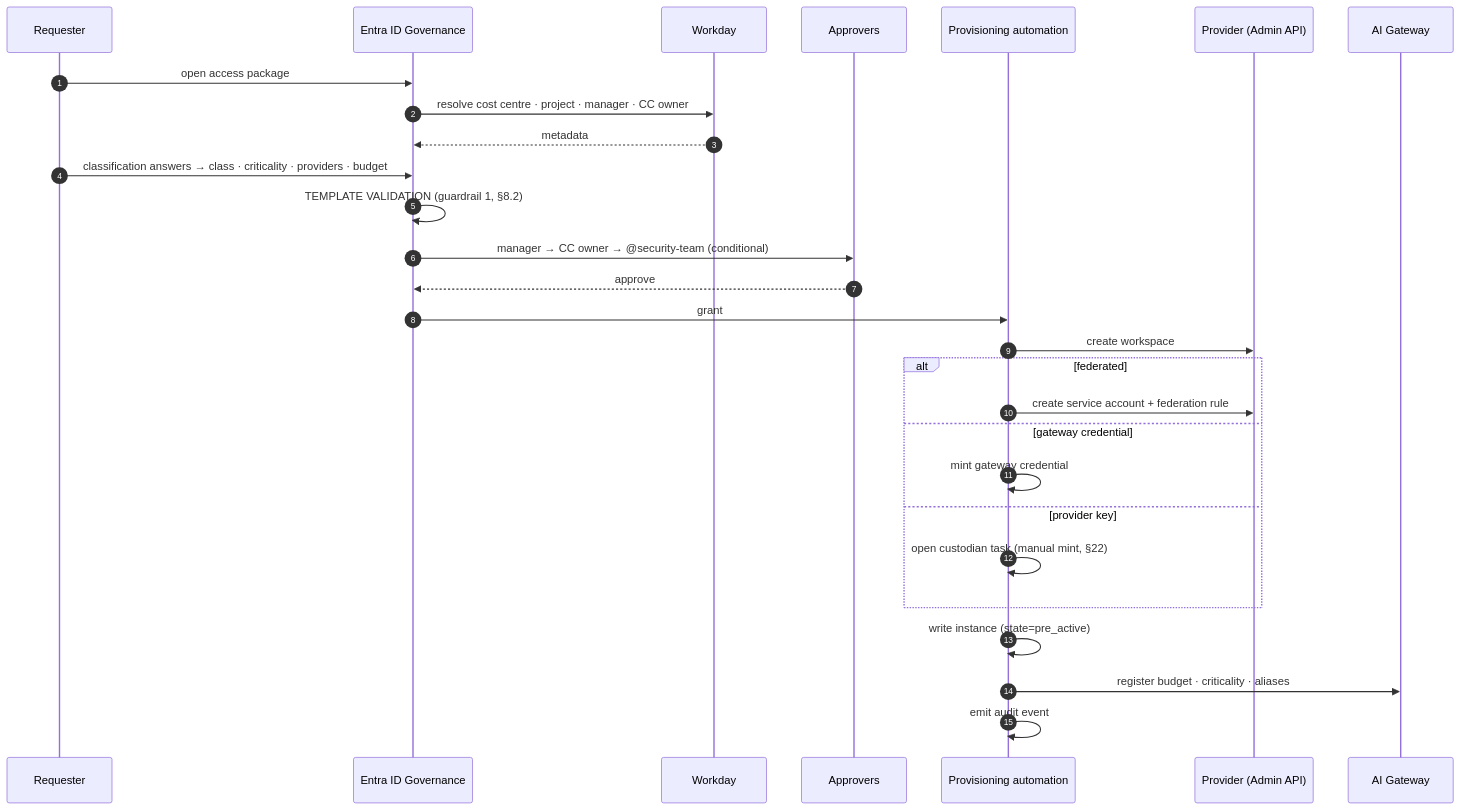
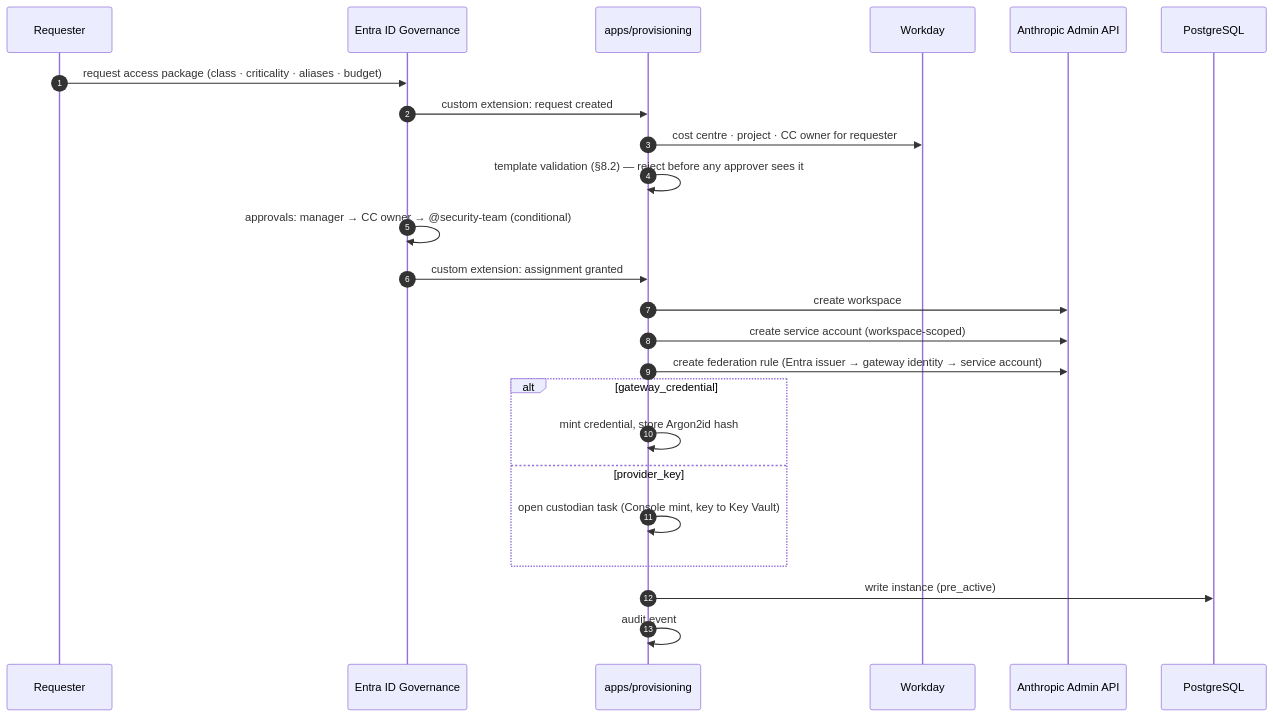
Before and after one commit to rajatdua/exploration: the third of 4 diagrams in docs/superpowers/specs/2026-09-04-ai-credential-operating-model-design.md, drawn with Mermaid. The commit also changed other lines of this file and 1 other file, not shown here.

````diff
--- a/docs/superpowers/specs/2026-09-04-ai-credential-operating-model-design.md
+++ b/docs/superpowers/specs/2026-09-04-ai-credential-operating-model-design.md
@@ -445,31 +315,27 @@
 ```mermaid
 sequenceDiagram
     autonumber
     participant R as Requester
     participant EIG as Entra ID Governance
+    participant P as apps/provisioning
     participant WD as Workday
-    participant A as Approvers
-    participant P as Provisioning automation
-    participant PR as Provider (Admin API)
-    participant G as AI Gateway
+    participant A as Anthropic Admin API
+    participant DB as PostgreSQL
 
-    R->>EIG: open access package
-    EIG->>WD: resolve cost centre · project · manager · CC owner
-    WD-->>EIG: metadata
-    R->>EIG: classification answers → class · criticality · providers · budget
-    EIG->>EIG: TEMPLATE VALIDATION (guardrail 1, §8.2)
-    EIG->>A: manager → CC owner → @security-team (conditional)
-    A-->>EIG: approve
-    EIG->>P: grant
-    P->>PR: create workspace
-    alt federated
-        P->>PR: create service account + federation rule
-    else gateway credential
-        P->>P: mint gateway credential
-    else provider key
-        P->>P: open custodian task (manual mint, §22)
+    R->>EIG: request access package (class · criticality · aliases · budget)
+    EIG->>P: custom extension: request created
+    P->>WD: cost centre · project · CC owner for requester
+    P->>P: template validation (§8.2) — reject before any approver sees it
+    EIG->>EIG: approvals: manager → CC owner → @security-team (conditional)
+    EIG->>P: custom extension: assignment granted
+    P->>A: create workspace
+    P->>A: create service account (workspace-scoped)
+    P->>A: create federation rule (Entra issuer → gateway identity → service account)
+    alt gateway_credential
+        P->>P: mint credential, store Argon2id hash
+    else provider_key
+        P->>P: open custodian task (Console mint, key to Key Vault)
     end
-    P->>P: write instance (state=pre_active)
-    P->>G: register budget · criticality · aliases
-    P->>P: emit audit event
+    P->>DB: write instance (pre_active)
+    P->>P: audit event
 ```
````
